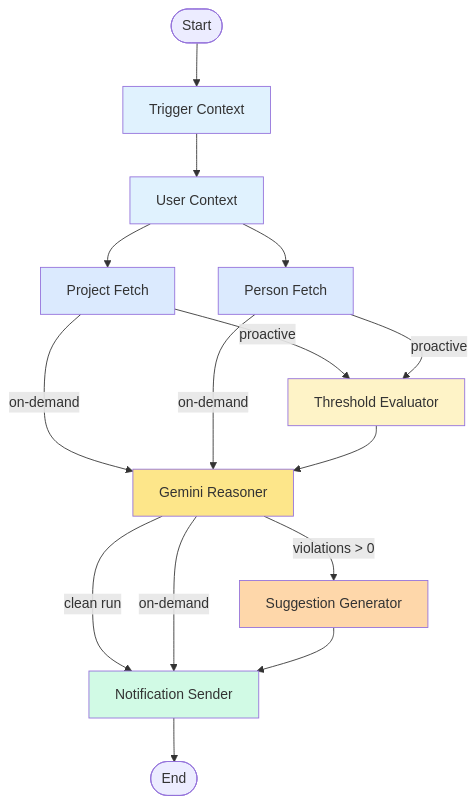
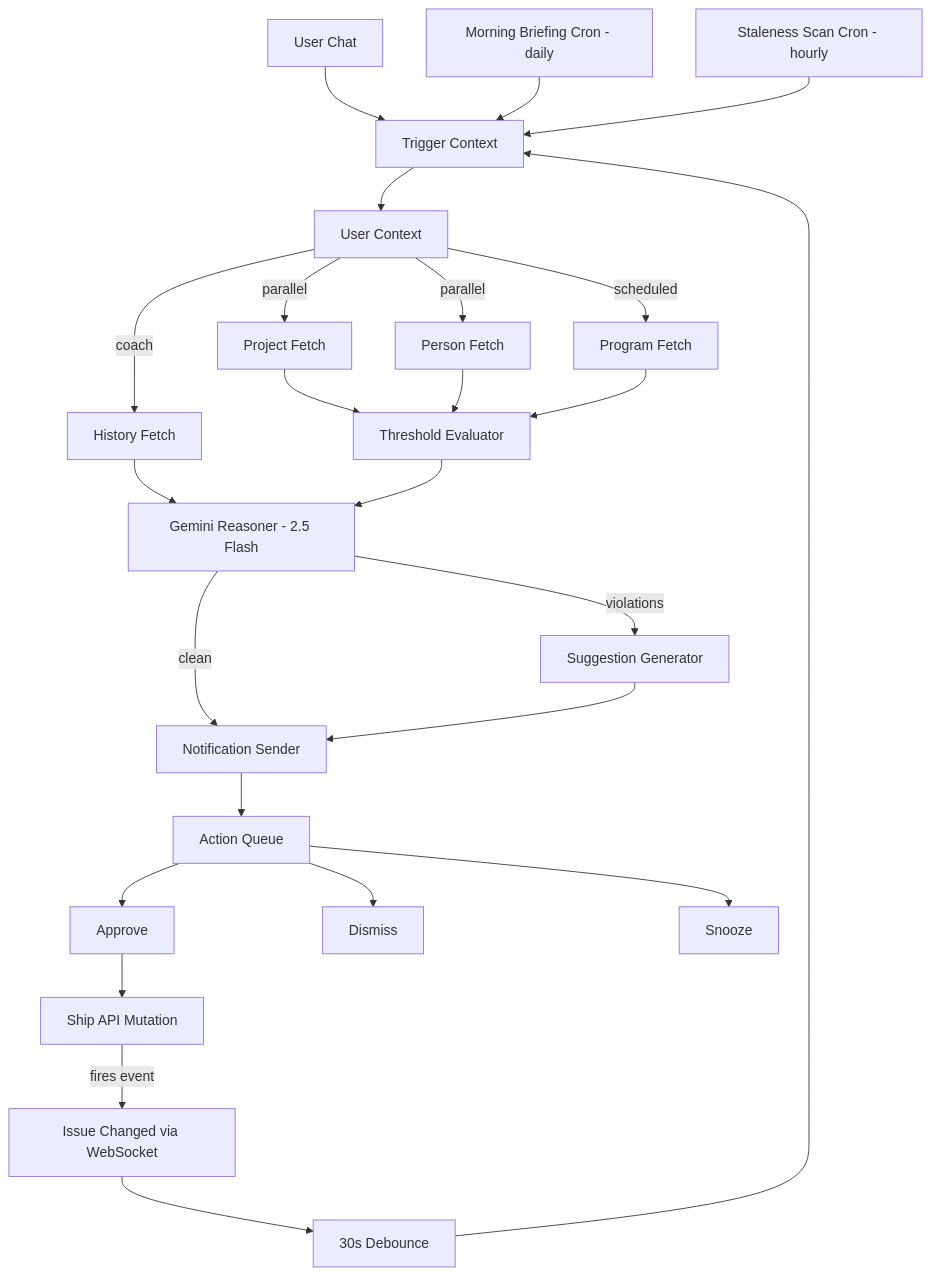
Before and after one commit to billybillymc/ship: the diagram in FLEETGRAPH.md, drawn with Mermaid. The commit also changed other lines of this file, not shown here.

Commit message:
docs: update FLEETGRAPH.md — full graph diagram, shared trace links
- Graph diagram now shows all 11 nodes, 4 entry points (user chat,
  WebSocket event, morning briefing cron, staleness scan cron),
  feedback loop (approve → mutation → event → re-enter), and
  dismiss/snooze paths
- Node inventory expanded from 7 to 11 (added Program Fetch,
  History Fetch, Retro Fetch)
- Execution paths expanded to 6 (added command, director, coach)
- LangSmith section now has actual shared public trace URLs
- Trace details table shows all 8 use cases with modes and paths

````diff
--- a/FLEETGRAPH.md
+++ b/FLEETGRAPH.md
@@ -35,32 +35,27 @@
 ```mermaid
-graph TD
-    START([Start]) --> TC[Trigger Context]
-    TC --> UC[User Context]
-
-    UC --> PF[Project Fetch]
-    UC --> PeF[Person Fetch]
-
-    PF -->|proactive| TE[Threshold Evaluator]
-    PeF -->|proactive| TE
-
-    PF -->|on-demand| GR[Gemini Reasoner]
-    PeF -->|on-demand| GR
-
-    TE --> GR
-
-    GR -->|violations > 0| SG[Suggestion Generator]
-    GR -->|clean run| NS[Notification Sender]
-    GR -->|on-demand| NS
-
+flowchart TD
+    E1["User Chat"] --> TC
+    E2["Issue Changed via WebSocket"] --> DB["30s Debounce"]
+    DB --> TC
+    E3["Morning Briefing Cron - daily"] --> TC
+    E4["Staleness Scan Cron - hourly"] --> TC
+    TC["Trigger Context"] --> UC["User Context"]
+    UC -->|parallel| PF["Project Fetch"]
+    UC -->|parallel| PeF["Person Fetch"]
+    UC -->|scheduled| PrF["Program Fetch"]
+    UC -->|coach| HF["History Fetch"]
+    PF --> TE["Threshold Evaluator"]
+    PeF --> TE
+    PrF --> TE
+    HF --> GR
+    TE --> GR["Gemini Reasoner - 2.5 Flash"]
+    GR -->|violations| SG["Suggestion Generator"]
+    GR -->|clean| NS["Notification Sender"]
     SG --> NS
-    NS --> END([End])
-
-    style TC fill:#e0f2fe
-    style UC fill:#e0f2fe
-    style PF fill:#dbeafe
-    style PeF fill:#dbeafe
-    style TE fill:#fef3c7
-    style GR fill:#fde68a
-    style SG fill:#fed7aa
-    style NS fill:#d1fae5
+    NS --> AQ["Action Queue"]
+    AQ --> APPROVE["Approve"]
+    AQ --> DISMISS["Dismiss"]
+    AQ --> SNOOZE["Snooze"]
+    APPROVE --> MUTATE["Ship API Mutation"]
+    MUTATE -->|fires event| E2
 ```
````
